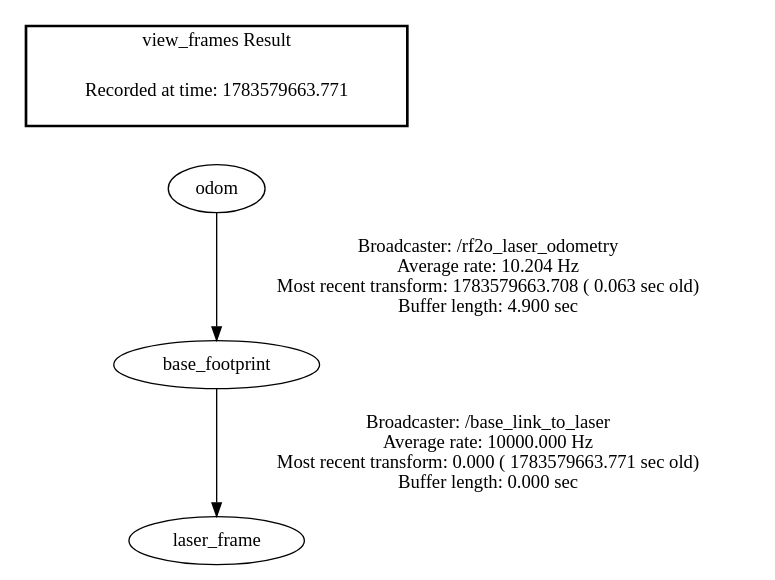
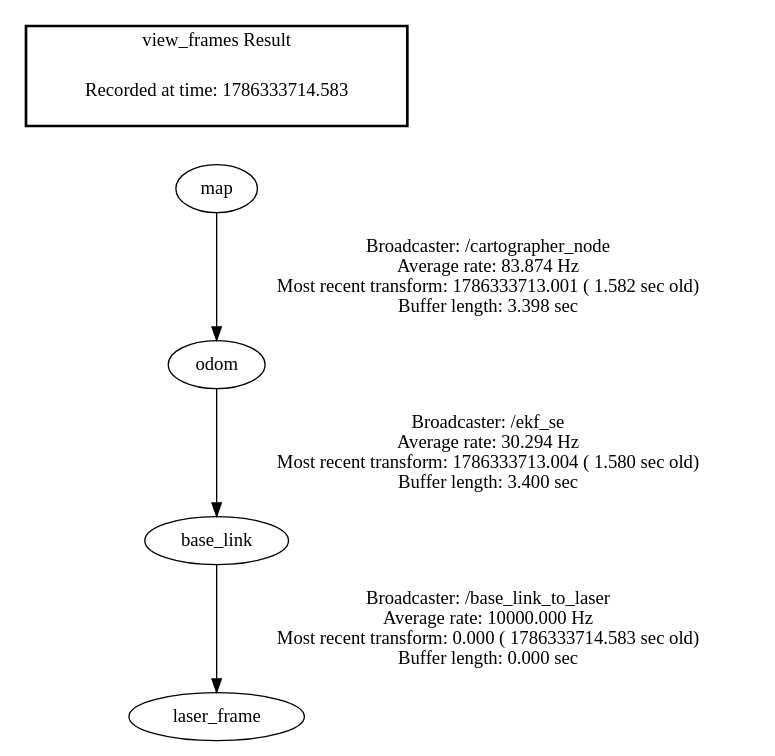
Before and after one commit to 2022090914028ysr-dotcom/rk3588: the diagram in NavOA_ws/frames.gv, drawn with Graphviz. The commit also changed 100 other files, not shown here.

Commit message:
chnaged base-footprint to base_link & current odom publisher is leg odometry, rf2o closed

```diff
--- a/NavOA_ws/frames.gv
+++ b/NavOA_ws/frames.gv
@@ -1,8 +1,9 @@
 digraph G {
-"base_footprint" -> "laser_frame"[label="Broadcaster: /base_link_to_laser\nAverage rate: 10000.000 Hz\nMost recent transform: 0.000 ( 1783579663.771 sec old)\nBuffer length: 0.000 sec\n"];
-"odom" -> "base_footprint"[label="Broadcaster: /rf2o_laser_odometry\nAverage rate: 10.204 Hz\nMost recent transform: 1783579663.708 ( 0.063 sec old)\nBuffer length: 4.900 sec\n"];
+"base_link" -> "laser_frame"[label="Broadcaster: /base_link_to_laser\nAverage rate: 10000.000 Hz\nMost recent transform: 0.000 ( 1786333714.583 sec old)\nBuffer length: 0.000 sec\n"];
+"odom" -> "base_link"[label="Broadcaster: /ekf_se\nAverage rate: 30.294 Hz\nMost recent transform: 1786333713.004 ( 1.580 sec old)\nBuffer length: 3.400 sec\n"];
+"map" -> "odom"[label="Broadcaster: /cartographer_node\nAverage rate: 83.874 Hz\nMost recent transform: 1786333713.001 ( 1.582 sec old)\nBuffer length: 3.398 sec\n"];
 edge [style=invis];
  subgraph cluster_legend { style=bold; color=black; label ="view_frames Result";
-"Recorded at time: 1783579663.771"[ shape=plaintext ] ;
- }->"odom";
+"Recorded at time: 1786333714.583"[ shape=plaintext ] ;
+ }->"map";
 }
```
